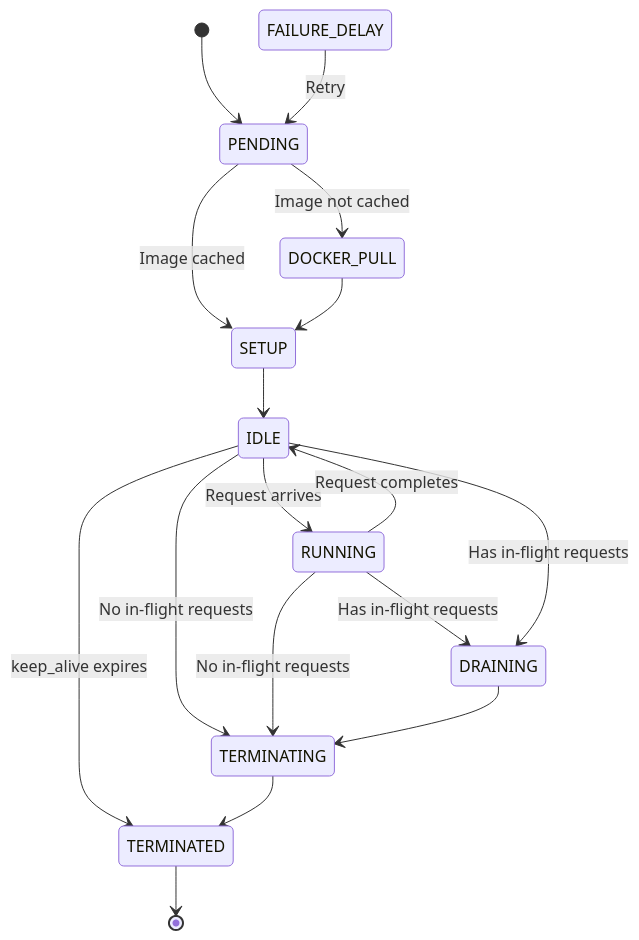
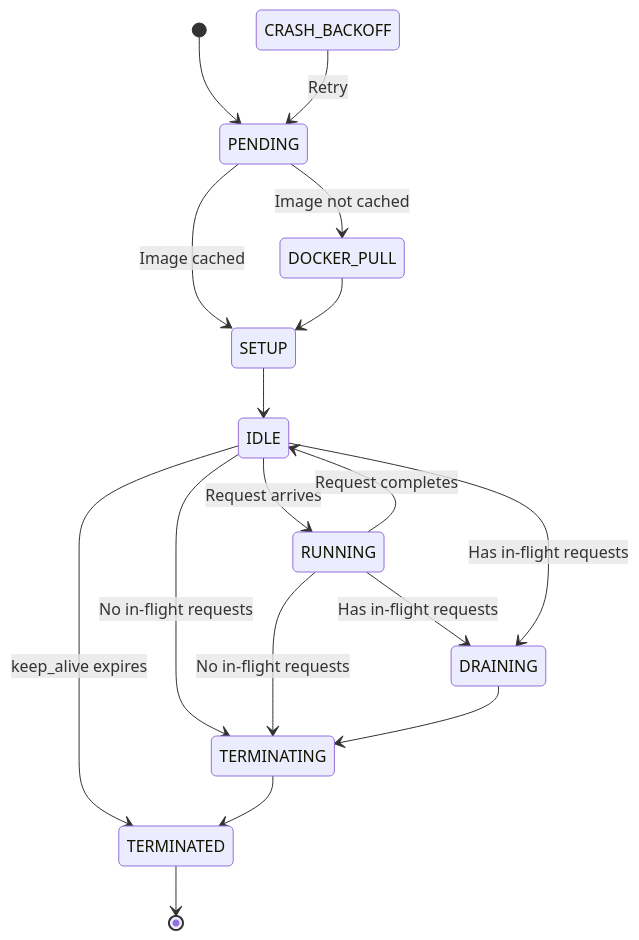
The diagram in misc/falaw_state/refresh/pages/fal.ai_docs_documentation_deployment_runners.md (thorwhalen/falaw), drawn with Mermaid before and after one commit. The commit also changed other lines of this file and 144 other files, not shown here.

````diff
--- a/misc/falaw_state/refresh/pages/fal.ai_docs_documentation_deployment_runners.md
+++ b/misc/falaw_state/refresh/pages/fal.ai_docs_documentation_deployment_runners.md
@@ -18,19 +18,19 @@
   ```mermaid theme={null}
   stateDiagram-v2
       [*] --> PENDING
       PENDING --> DOCKER_PULL: Image not cached
       PENDING --> SETUP: Image cached
       DOCKER_PULL --> SETUP
       SETUP --> IDLE
-      FAILURE_DELAY --> PENDING: Retry
+      CRASH_BACKOFF --> PENDING: Retry
       IDLE --> RUNNING: Request arrives
       RUNNING --> IDLE: Request completes
       RUNNING --> DRAINING: Has in-flight requests
       IDLE --> DRAINING: Has in-flight requests
       IDLE --> TERMINATING: No in-flight requests
       RUNNING --> TERMINATING: No in-flight requests
       IDLE --> TERMINATED: keep_alive expires
       DRAINING --> TERMINATING
       TERMINATING --> TERMINATED
       TERMINATED --> [*]
   ```
````
